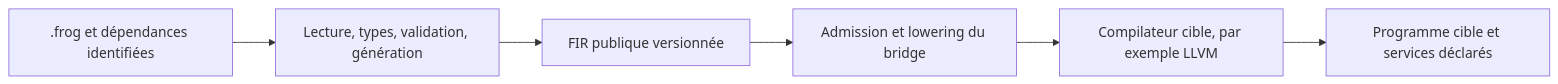
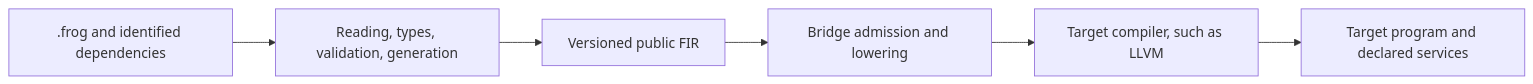
The second of 3 diagrams in Implementations/Frontend/docs/architecture-and-maintenance.md (Graiphic/FROG), drawn with Mermaid before and after one commit. The commit also changed other lines of this file and 1100 other files, not shown here.

````diff
--- a/Implementations/Frontend/docs/architecture-and-maintenance.md
+++ b/Implementations/Frontend/docs/architecture-and-maintenance.md
@@ -14,8 +16,8 @@
 ```mermaid
 flowchart LR
-  Source[.frog et dépendances identifiées] --> Frontend[Lecture, types, validation, génération]
-  Frontend --> FIR[FIR publique versionnée]
-  FIR --> Bridge[Admission et lowering du bridge]
-  Bridge --> Backend[Compilateur cible, par exemple LLVM]
-  Backend --> Program[Programme cible et services déclarés]
+  Source[.frog and identified dependencies] --> Frontend[Reading, types, validation, generation]
+  Frontend --> FIR[Versioned public FIR]
+  FIR --> Bridge[Bridge admission and lowering]
+  Bridge --> Backend[Target compiler, such as LLVM]
+  Backend --> Program[Target program and declared services]
 ```
````
